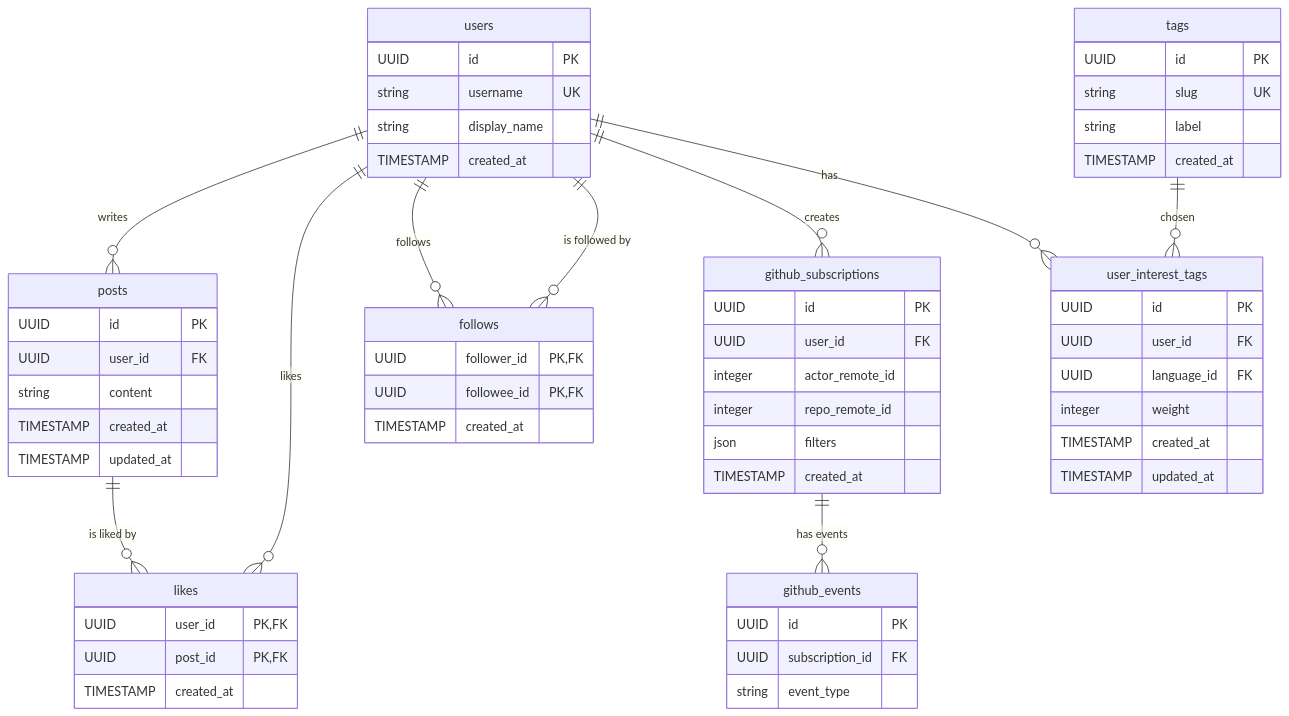
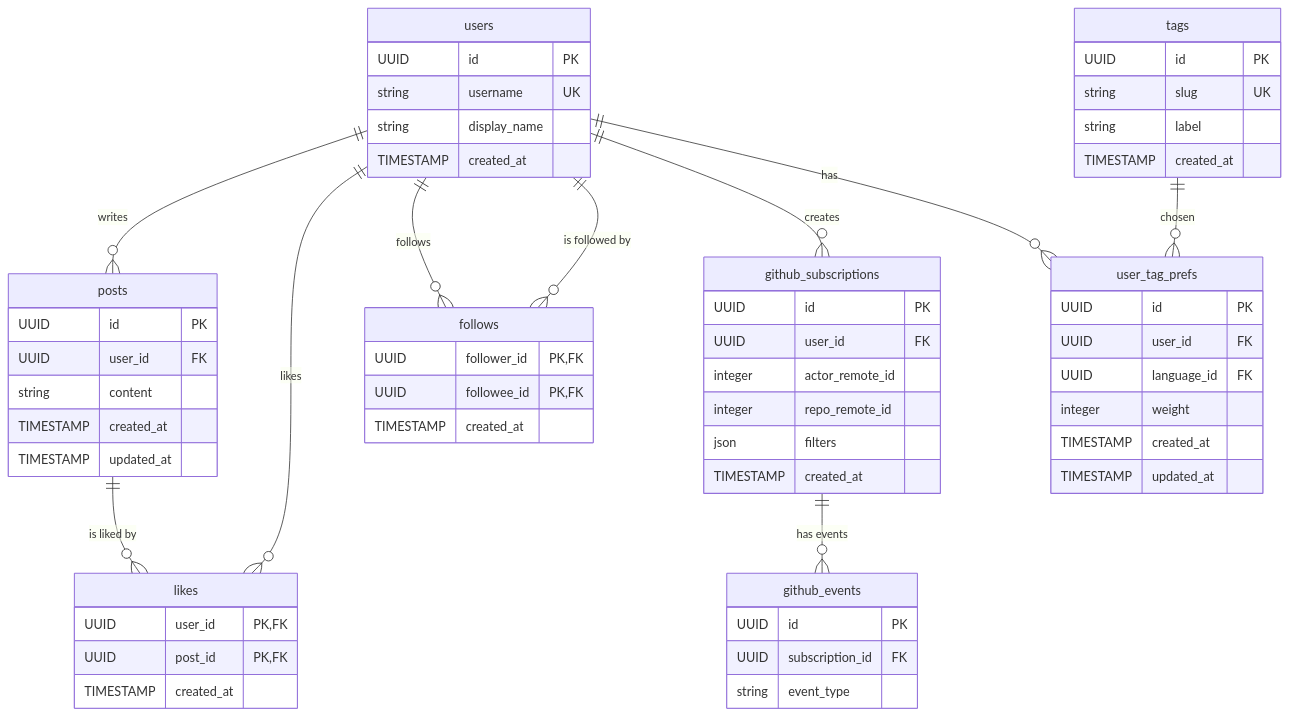
The diagram in README.md (tsukuneA1/git_feed), drawn with Mermaid before and after one commit.

````diff
--- a/README.md
+++ b/README.md
@@ -10,74 +10,74 @@
 ```mermaid
 erDiagram
   users {
     UUID id PK
     string username UK
     string display_name
     TIMESTAMP created_at
   }
 
   follows {
     %% CHECK: follower_id != followee_id
     UUID follower_id PK,FK
     UUID followee_id PK,FK
     TIMESTAMP created_at
   }
 
   posts {
     UUID id PK
     UUID user_id FK
     string content
     TIMESTAMP created_at
     TIMESTAMP updated_at
   }
 
   likes {
     UUID user_id PK,FK
     UUID post_id PK,FK
     TIMESTAMP created_at
   }
 
   github_subscriptions {
     UUID id PK
     UUID user_id FK
     %% XOR: (actor_remote_id IS NOT NULL) XOR (repo_remote_id IS NOT NULL)
      %% Github RESTのuser/org id(nullable)
     integer actor_remote_id
     %% Github RESTのrepo id(nullable)
     integer repo_remote_id  
     json filters
     TIMESTAMP created_at 
   }
 
   github_events {
     UUID id PK
     UUID subscription_id FK
     string event_type
   }
 
   tags {
     UUID id PK
     string slug UK
     string label
     TIMESTAMP created_at
   }
 
-  user_interest_tags {
+  user_tag_prefs {
     UUID id PK
     UUID user_id FK
     UUID language_id FK
     integer weight
     TIMESTAMP created_at
     TIMESTAMP updated_at
   }
 
   users ||--o{ posts : "writes"
   users ||--o{ likes : "likes"
   posts ||--o{ likes : "is liked by"
   users ||--o{ follows : "follows"
   users ||--o{ follows : "is followed by"
   users ||--o{ github_subscriptions: "creates"
-  users ||--o{ user_interest_tags: "has"
-  tags ||--o{ user_interest_tags: "chosen"
+  users ||--o{ user_tag_prefs: "has"
+  tags ||--o{ user_tag_prefs: "chosen"
   github_subscriptions ||--o{ github_events : "has events"
 ```
````
